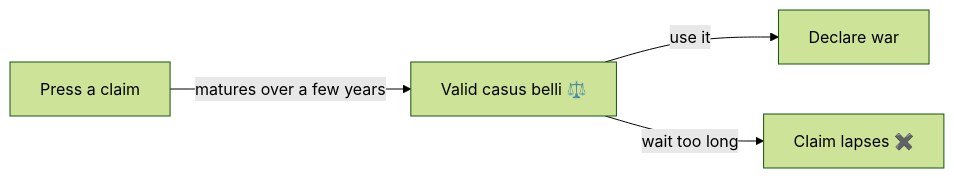
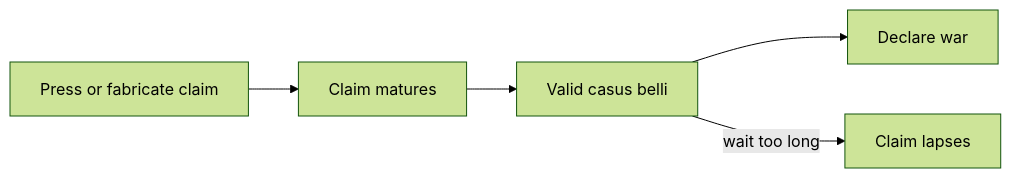
One commit to kroryan/Quartz-HispaniaBeta changed the first of 2 diagrams in content/realm/War.md. Above: the diagram before and after it, drawn with Mermaid (forest theme). The commit also changed other lines of this file and 35 other files, not shown here.

````diff
--- a/content/realm/War.md
+++ b/content/realm/War.md
@@ -21,6 +21,7 @@
 ```mermaid
 flowchart LR
-    A[Press a claim] -->|matures over a few years| B[Valid casus belli ⚖️]
-    B -->|use it| C[Declare war]
-    B -->|wait too long| D[Claim lapses ✖️]
+    A[Press or fabricate claim] --> B[Claim matures]
+    B --> C[Valid casus belli]
+    C --> D[Declare war]
+    C -->|wait too long| E[Claim lapses]
 ```
````
